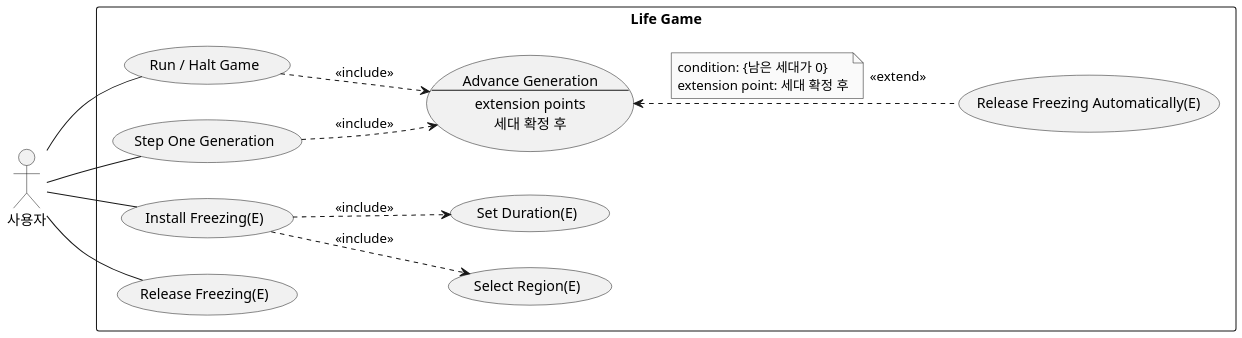
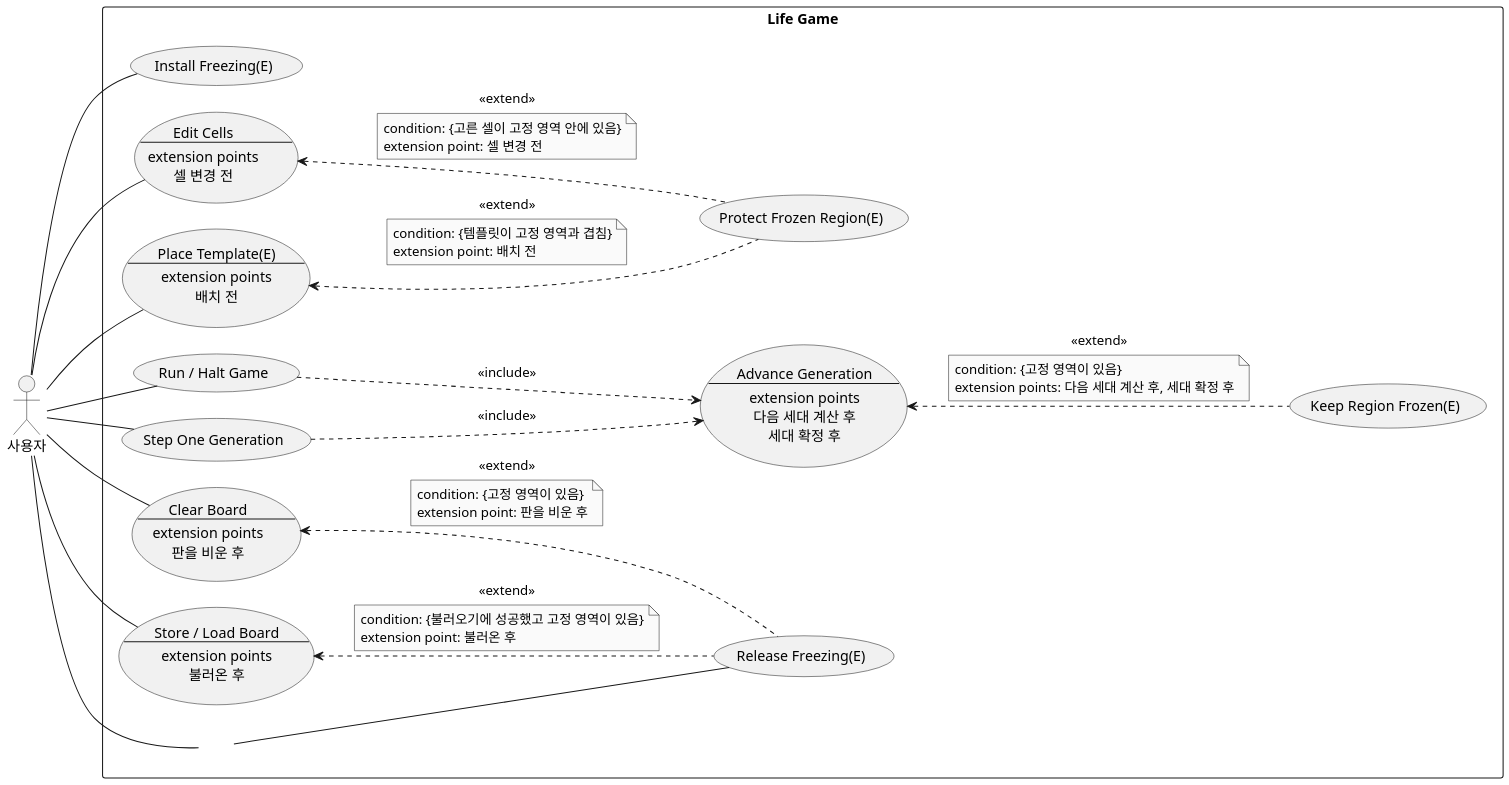
The diagram in docs/freezing/diagram/usecase-freezing.puml (mckimR1972/DP_team_project), drawn with PlantUML before and after one commit. The commit also changed 28 other files, not shown here.

First line of the commit message:
docs: Freezing 유스케이스를 전체 유스케이스 다이어그램에 맞춤

```diff
--- a/docs/freezing/diagram/usecase-freezing.puml
+++ b/docs/freezing/diagram/usecase-freezing.puml
@@ -1,43 +1,87 @@
 @startuml usecase-freezing
 skinparam monochrome true
 skinparam dpi 150
 skinparam shadowing false
 skinparam defaultFontName "Malgun Gothic"
 skinparam usecaseBackgroundColor #F1F1F1
 ' 사용자를 왼쪽에 두어 사용자에서 오는 선이 상자 제목과 겹치지 않게 한다
 left to right direction
-' 간격을 바꾸면 extend 점선이 점선의 빈 부분에서 끝나 원과 떨어져 보일 수 있다
-skinparam ranksep 64
+skinparam nodesep 26
+skinparam ranksep 70
 
 actor "사용자" as User
 
 rectangle "Life Game" {
+  usecase "Install Freezing(E)" as Install
+  usecase "Release Freezing(E)" as Release
+  usecase Edit as "Edit Cells
+--
+extension points
+셀 변경 전"
+  ' 다른 기능(캡처·템플릿)의 유스케이스라 이름과 확장 지점만 둔다
+  usecase Place as "Place Template(E)
+--
+extension points
+배치 전"
   usecase "Run / Halt Game" as Run
   usecase "Step One Generation" as Step
+  usecase Clear as "Clear Board
+--
+extension points
+판을 비운 후"
+  usecase Store as "Store / Load Board
+--
+extension points
+불러온 후"
   usecase Advance as "Advance Generation
 --
 extension points
+다음 세대 계산 후
 세대 확정 후"
-  usecase "Install Freezing(E)" as Install
-  usecase "Select Region(E)" as Region
-  usecase "Set Duration(E)" as Duration
-  usecase "Release Freezing(E)" as Release
-  usecase "Release Freezing Automatically(E)" as AutoRelease
+  ' 사용자와 Release Freezing(E)을 잇는 선이 경계 안으로 지나가게 하는 보이지 않는 점
+  usecase " " as Via #white;line:white
+  usecase "Keep Region Frozen(E)" as Keep
+  usecase "Protect Frozen Region(E)" as Protect
 }
 
+User -- Install
+User -- Via
+Via -- Release
+User -- Edit
+User -- Place
 User -- Run
 User -- Step
-User -- Install
-User -- Release
+User -- Clear
+User -- Store
 
 Run ..> Advance : <<include>>
 Step ..> Advance : <<include>>
-Install ..> Region : <<include>>
-Install ..> Duration : <<include>>
-' note left: 조건 노트를 <<extend>> 왼쪽에 둔다
-AutoRelease .up.> Advance : <<extend>>
-note left on link
-  condition: {남은 세대가 0}
-  extension point: 세대 확정 후
+
+Advance <.. Keep : <<extend>>
+note on link
+  condition: {고정 영역이 있음}
+  extension points: 다음 세대 계산 후, 세대 확정 후
+end note
+
+Edit <.. Protect : <<extend>>
+note on link
+  condition: {고른 셀이 고정 영역 안에 있음}
+  extension point: 셀 변경 전
+end note
+Place <.. Protect : <<extend>>
+note on link
+  condition: {템플릿이 고정 영역과 겹침}
+  extension point: 배치 전
+end note
+
+Clear <.. Release : <<extend>>
+note on link
+  condition: {고정 영역이 있음}
+  extension point: 판을 비운 후
+end note
+Store <.. Release : <<extend>>
+note on link
+  condition: {불러오기에 성공했고 고정 영역이 있음}
+  extension point: 불러온 후
 end note
 @enduml
```
